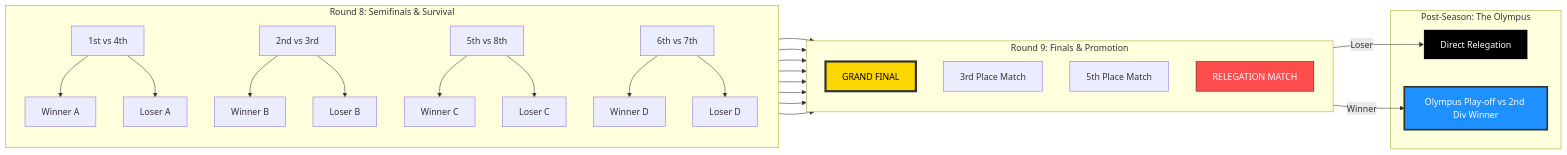
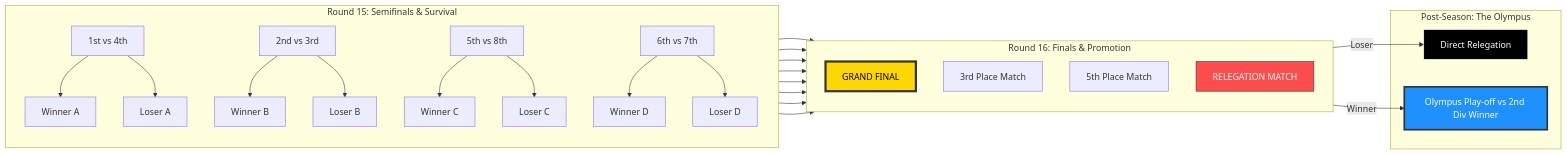
The diagram in docs/TOURNAMENT_FLOW.md (imcasero/calmind-series), drawn with Mermaid before and after one commit. The commit also changed other lines of this file and 6 other files, not shown here.

````diff
--- a/docs/TOURNAMENT_FLOW.md
+++ b/docs/TOURNAMENT_FLOW.md
@@ -7,37 +14,37 @@
 ```mermaid
 graph LR
-    subgraph J8 [Round 8: Semifinals & Survival]
+    subgraph J15 [Round 15: Semifinals & Survival]
         direction TB
         H1[1st vs 4th] --> W1[Winner A]
         H1 --> L1[Loser A]
 
         H2[2nd vs 3rd] --> W2[Winner B]
         H2 --> L2[Loser B]
 
         S1[5th vs 8th] --> W3[Winner C]
         S1 --> L3[Loser C]
 
         S2[6th vs 7th] --> W4[Winner D]
         S2 --> L4[Loser D]
     end
 
-    subgraph J9 [Round 9: Finals & Promotion]
+    subgraph J16 [Round 16: Finals & Promotion]
         direction TB
         W1 & W2 --> GF[GRAND FINAL]
         L1 & L2 --> B3[3rd Place Match]
 
         W3 & W4 --> S5[5th Place Match]
         L3 & L4 --> OL[RELEGATION MATCH]
     end
 
     subgraph OLYMPUS [Post-Season: The Olympus]
         OL -->|Loser| DSC[Direct Relegation]
         OL -->|Winner| PL[Olympus Play-off vs 2nd Div Winner]
     end
 
     %% Styles
     style GF fill:#ffd700,stroke:#333,stroke-width:4px,color:#000
     style OL fill:#ff4d4d,stroke:#333,color:#fff
     style PL fill:#1e90ff,stroke:#333,stroke-width:3px,color:#fff
     style DSC fill:#000,stroke:#fff,color:#fff
 ```
````
